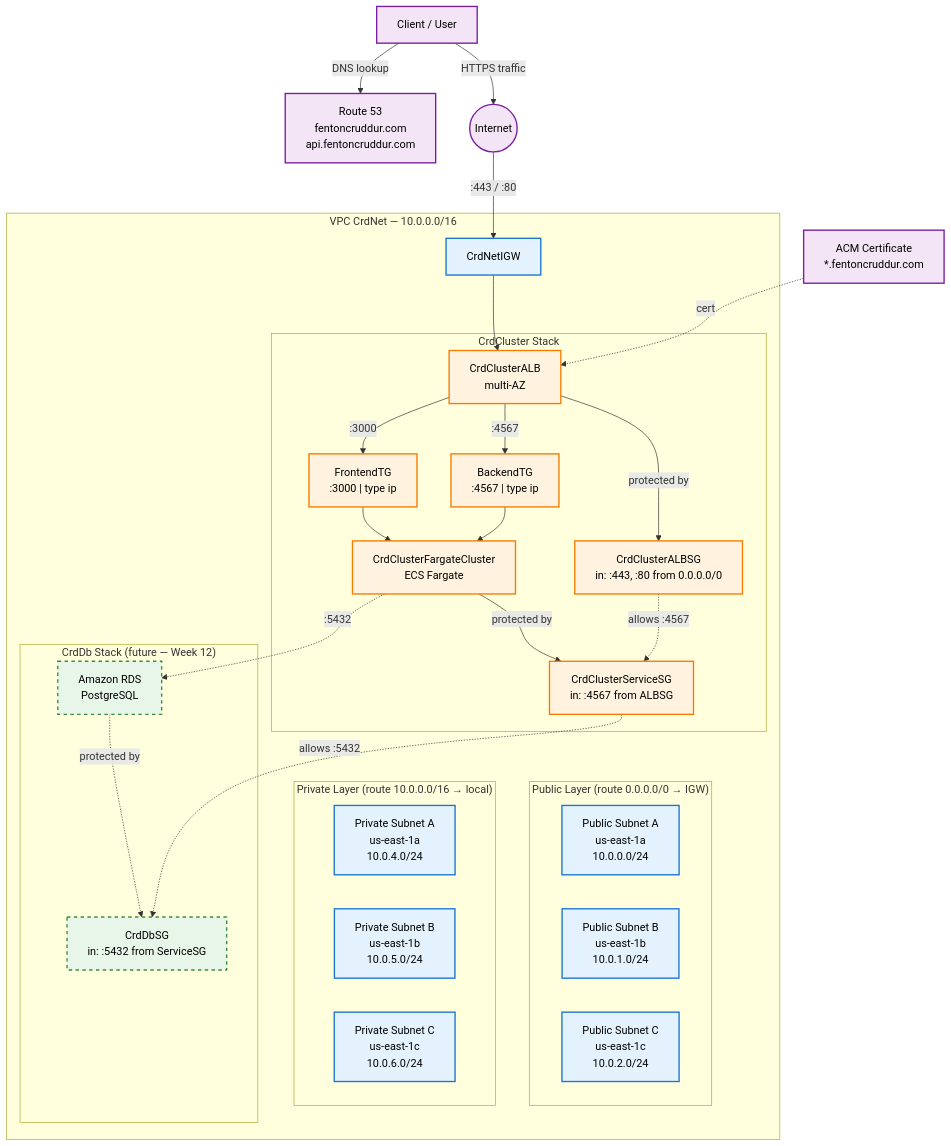
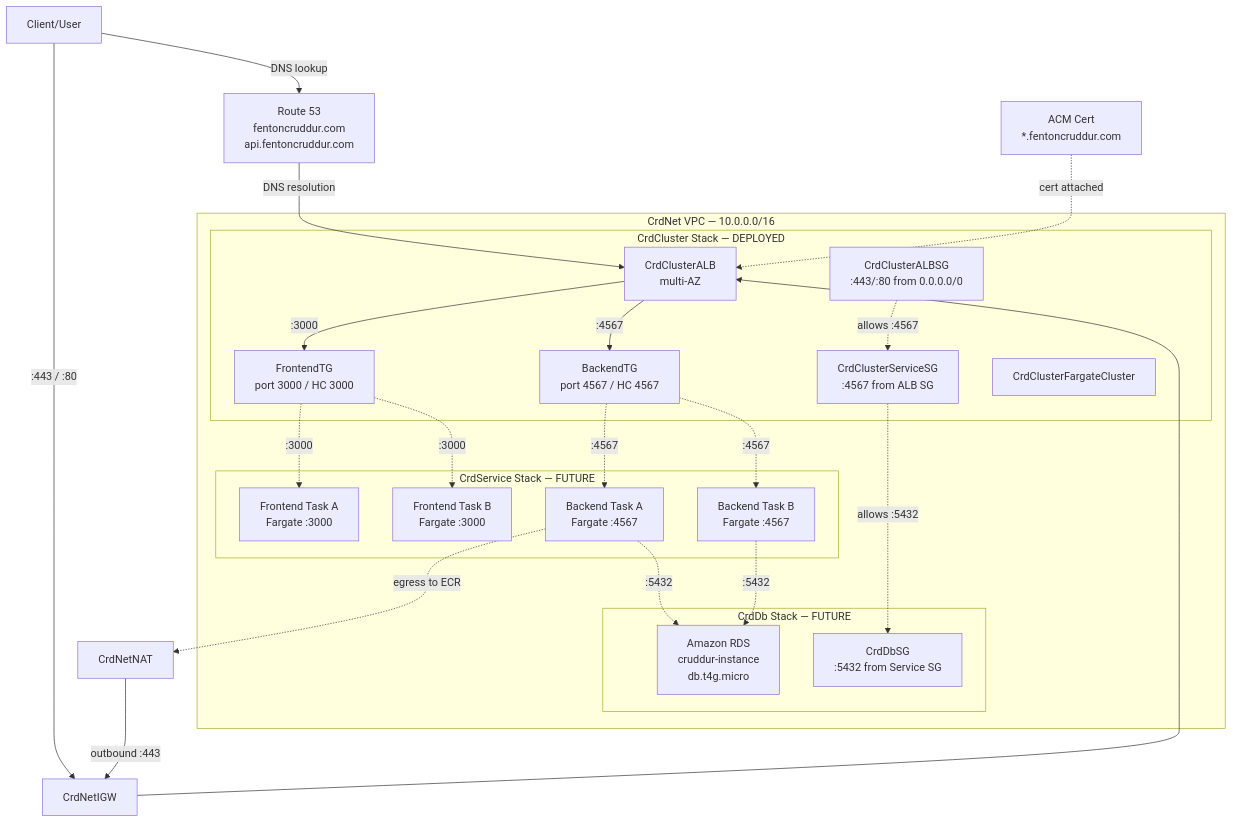
Before and after one commit to Cfenton07/aws-bootcamp-cruddur-2023: the diagram in journal/week11.md, drawn with Mermaid. The commit also changed other lines of this file, not shown here.

First line of the commit message:
Revise week 11 journal with updated CloudFormation details

````diff
--- a/journal/week11.md
+++ b/journal/week11.md
@@ -172,66 +226,55 @@
 ```mermaid
-flowchart TB
-    Client["Client / User"]
-    R53["Route 53<br/>fentoncruddur.com<br/>api.fentoncruddur.com"]
-    ACM["ACM Certificate<br/>*.fentoncruddur.com"]
-    Net(("Internet"))
-
-    Client -->|DNS lookup| R53
-    Client -->|HTTPS traffic| Net
-    Net -->|":443 / :80"| IGW
-
-    subgraph VPC["VPC CrdNet — 10.0.0.0/16"]
-        IGW["CrdNetIGW"]
-
-        subgraph PubLayer["Public Layer (route 0.0.0.0/0 → IGW)"]
-            direction LR
-            PubA["Public Subnet A<br/>us-east-1a<br/>10.0.0.0/24"]
-            PubB["Public Subnet B<br/>us-east-1b<br/>10.0.1.0/24"]
-            PubC["Public Subnet C<br/>us-east-1c<br/>10.0.2.0/24"]
+graph TB
+    Client[Client/User]
+    R53[Route 53<br/>fentoncruddur.com<br/>api.fentoncruddur.com]
+    ACM[ACM Cert<br/>*.fentoncruddur.com]
+    IGW[CrdNetIGW]
+    NAT[CrdNetNAT]
+    
+    subgraph VPC["CrdNet VPC — 10.0.0.0/16"]
+        subgraph CrdCluster["CrdCluster Stack — DEPLOYED"]
+            ALB[CrdClusterALB<br/>multi-AZ]
+            ALBSG[CrdClusterALBSG<br/>:443/:80 from 0.0.0.0/0]
+            SvcSG[CrdClusterServiceSG<br/>:4567 from ALB SG]
+            FTG[FrontendTG<br/>port 3000 / HC 3000]
+            BTG[BackendTG<br/>port 4567 / HC 4567]
+            Cluster[CrdClusterFargateCluster]
         end
-
-        subgraph Cluster["CrdCluster Stack"]
-            ALBSG["CrdClusterALBSG<br/>in: :443, :80 from 0.0.0.0/0"]
-            ALB["CrdClusterALB<br/>multi-AZ"]
-            FTG["FrontendTG<br/>:3000 | type ip"]
-            BTG["BackendTG<br/>:4567 | type ip"]
-            FargateCluster["CrdClusterFargateCluster<br/>ECS Fargate"]
-            ServiceSG["CrdClusterServiceSG<br/>in: :4567 from ALBSG"]
+        
+        subgraph CrdDb["CrdDb Stack — FUTURE"]
+            RDS[Amazon RDS<br/>cruddur-instance<br/>db.t4g.micro]
+            DbSG[CrdDbSG<br/>:5432 from Service SG]
         end
-
-        subgraph PrivLayer["Private Layer (route 10.0.0.0/16 → local)"]
-            direction LR
-            PrivA["Private Subnet A<br/>us-east-1a<br/>10.0.4.0/24"]
-            PrivB["Private Subnet B<br/>us-east-1b<br/>10.0.5.0/24"]
-            PrivC["Private Subnet C<br/>us-east-1c<br/>10.0.6.0/24"]
-        end
-
-        subgraph DbStack["CrdDb Stack (future — Week 12)"]
-            DbSG["CrdDbSG<br/>in: :5432 from ServiceSG"]
-            RDS["Amazon RDS<br/>PostgreSQL"]
+        
+        subgraph CrdService["CrdService Stack — FUTURE"]
+            FTA[Frontend Task A<br/>Fargate :3000]
+            FTB[Frontend Task B<br/>Fargate :3000]
+            BTA[Backend Task A<br/>Fargate :4567]
+            BTB[Backend Task B<br/>Fargate :4567]
         end
     end
-
+    
+    Client -->|DNS lookup| R53
+    R53 -->|DNS resolution| ALB
+    ACM -.->|cert attached| ALB
+    
+    Client -->|:443 / :80| IGW
     IGW --> ALB
-    ACM -.->|cert| ALB
-    ALB -->|protected by| ALBSG
-    ALB -->|":3000"| FTG
-    ALB -->|":4567"| BTG
-    FTG --> FargateCluster
-    BTG --> FargateCluster
-    FargateCluster -->|protected by| ServiceSG
-    FargateCluster -.->|":5432"| RDS
-    RDS -.->|protected by| DbSG
-    ALBSG -.->|allows :4567| ServiceSG
-    ServiceSG -.->|allows :5432| DbSG
-
-    classDef netStack fill:#e3f2fd,stroke:#1976d2,stroke-width:2px,color:#000
-    classDef clusterStack fill:#fff3e0,stroke:#f57c00,stroke-width:2px,color:#000
-    classDef dbStack fill:#e8f5e9,stroke:#388e3c,stroke-width:2px,stroke-dasharray:5 5,color:#000
-    classDef external fill:#f3e5f5,stroke:#7b1fa2,stroke-width:2px,color:#000
-
-    class IGW,PubA,PubB,PubC,PrivA,PrivB,PrivC netStack
-    class ALB,ALBSG,FTG,BTG,FargateCluster,ServiceSG clusterStack
-    class RDS,DbSG dbStack
-    class Client,R53,ACM,Net external
+    
+    ALB -->|:4567| BTG
+    ALB -->|:3000| FTG
+    
+    BTG -.->|:4567| BTA
+    BTG -.->|:4567| BTB
+    FTG -.->|:3000| FTA
+    FTG -.->|:3000| FTB
+    
+    ALBSG -.->|allows :4567| SvcSG
+    SvcSG -.->|allows :5432| DbSG
+    
+    BTA -.->|:5432| RDS
+    BTB -.->|:5432| RDS
+    
+    NAT -->|outbound :443| IGW
+    BTA -.->|egress to ECR| NAT
 ```
````
